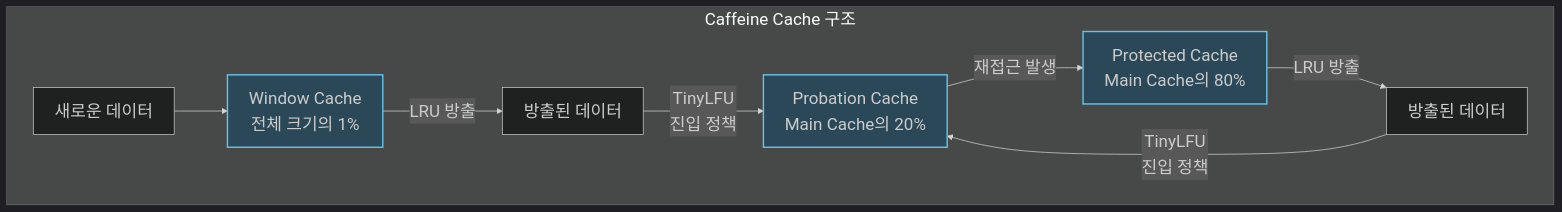
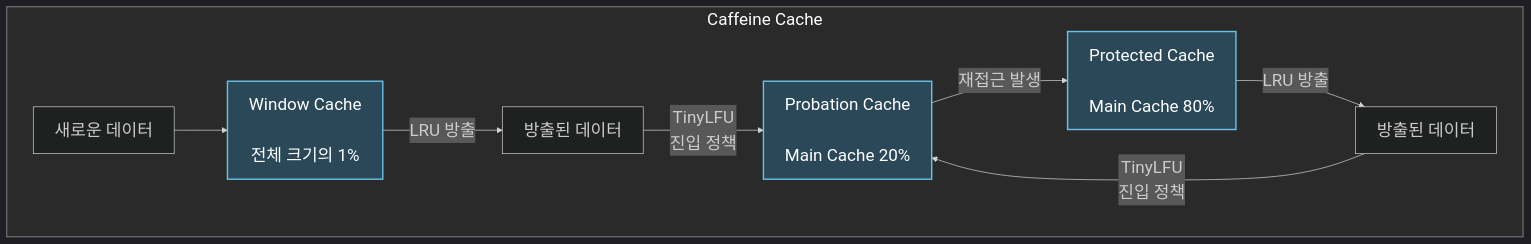
The first of 3 diagrams in _posts/2023-01-01-SUWIKI-4.md (K-Diger/K-Diger.github.io), drawn with Mermaid before and after one commit. The commit also changed other lines of this file, not shown here.

Commit message:
Caffeine Cache

````diff
--- a/_posts/2023-01-01-SUWIKI-4.md
+++ b/_posts/2023-01-01-SUWIKI-4.md
@@ -57,15 +57,24 @@
 ```mermaid
 %%{init: { 'theme':'dark', 'themeVariables': { 'fontSize': '24px', 'fontFamily': 'Arial' } }}%%
-graph TD
-   subgraph CaffeineStructure["Caffeine Cache 구조"]
-       NewData[새로운 데이터] --> WindowCache[Window Cache<br/>전체 크기의 1%]
-       WindowCache -- "LRU 방출" --> WE[방출된 데이터]
-       WE -- "TinyLFU<br/>진입 정책" --> ProbationCache[Probation Cache<br/>Main Cache의 20%]
-       ProbationCache -- "재접근 발생" --> ProtectedCache[Protected Cache<br/>Main Cache의 80%]
-       ProtectedCache -- "LRU 방출" --> PE[방출된 데이터]
+graph LR
+   subgraph CaffeineStructure["Caffeine Cache"]
+       direction LR
+       NewData[새로운 데이터]
+       WindowCache[Window Cache<br/><br/>전체 크기의 1%]
+       WE[방출된 데이터]
+       ProbationCache[Probation Cache<br/><br/> Main Cache 20%]
+       ProtectedCache[Protected Cache<br/><br/> Main Cache 80%]
+       PE[방출된 데이터]
+
+       NewData --> WindowCache
+       WindowCache -- "LRU 방출" --> WE
+       WE -- "TinyLFU<br/>진입 정책" --> ProbationCache
+       ProbationCache -- "재접근 발생" --> ProtectedCache
+       ProtectedCache -- "LRU 방출" --> PE
        PE -- "TinyLFU<br/>진입 정책" --> ProbationCache
    end
 
-   classDef cacheBox fill:#2a4858,stroke:#68c1e8,stroke-width:2px
+   classDef cacheBox fill:#2a4858,stroke:#68c1e8,stroke-width:2px,color:#fff
    class WindowCache,ProbationCache,ProtectedCache cacheBox
+   style CaffeineStructure fill:#2a2a2a,stroke:#666,stroke-width:2px,color:#fff
 ```
````
